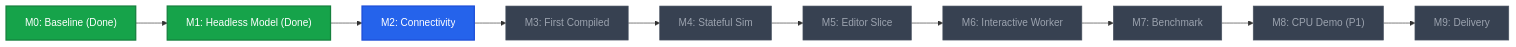
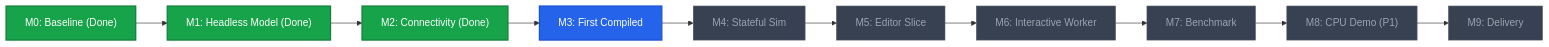
The first of 3 diagrams in README.md (Nyot-Nyot/digital-logic-forge), drawn with Mermaid before and after one commit. The commit also changed other lines of this file and 2 other files, not shown here.

Commit message:
docs(m2): complete Milestone M2 post-sprint retrospective and dashboard update [M2/KF-04]

````diff
--- a/README.md
+++ b/README.md
@@ -26,19 +26,19 @@
 ```mermaid
 flowchart LR
     M0["M0: Baseline (Done)"] --> M1["M1: Headless Model (Done)"]
-    M1 --> M2["M2: Connectivity"]
+    M1 --> M2["M2: Connectivity (Done)"]
     M2 --> M3["M3: First Compiled"]
     M3 --> M4["M4: Stateful Sim"]
     M4 --> M5["M5: Editor Slice"]
     M5 --> M6["M6: Interactive Worker"]
     M6 --> M7["M7: Benchmark"]
     M7 --> M8["M8: CPU Demo (P1)"]
     M8 --> M9["M9: Delivery"]
 
     classDef done fill:#16a34a,stroke:#15803d,stroke-width:2px,color:#fff;
     classDef active fill:#2563eb,stroke:#1d4ed8,stroke-width:2px,color:#fff;
     classDef pending fill:#374151,stroke:#4b5563,stroke-width:1px,color:#9ca3af;
-    class M0,M1 done;
-    class M2 active;
-    class M3,M4,M5,M6,M7,M8,M9 pending;
+    class M0,M1,M2 done;
+    class M3 active;
+    class M4,M5,M6,M7,M8,M9 pending;
 ```
````
